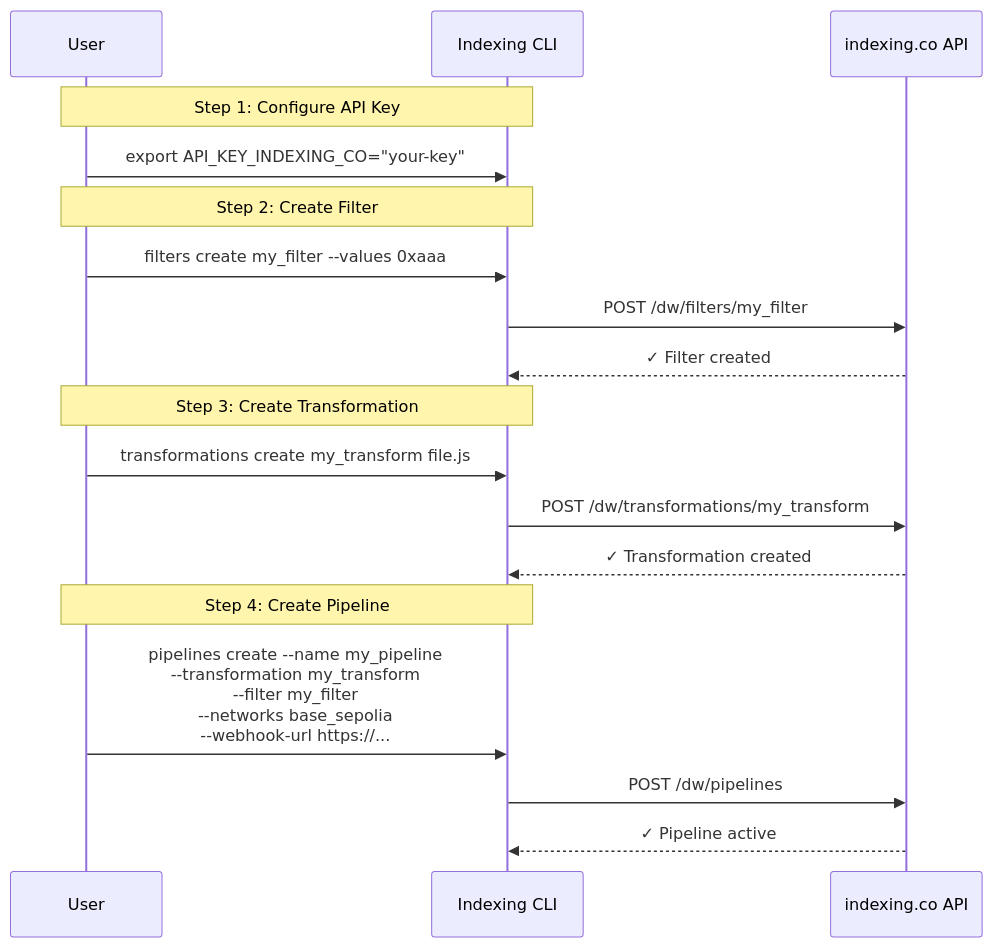
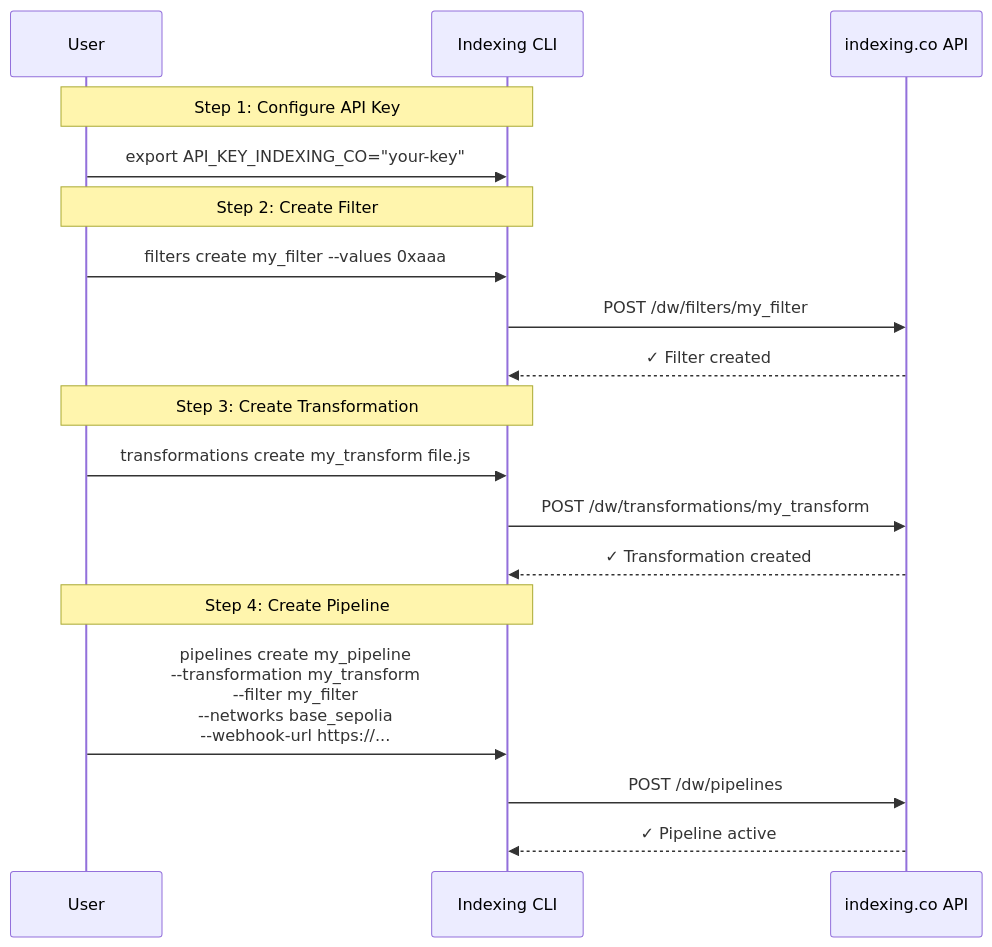
One commit to dtechvision/indexing-co-cli changed the first of 2 diagrams in README.md. Above: the diagram before and after it, drawn with Mermaid. The commit also changed 10 other files, not shown here.

````diff
--- a/README.md
+++ b/README.md
@@ -15,24 +15,24 @@
 ```mermaid
 sequenceDiagram
     participant User
     participant CLI as Indexing CLI
     participant API as indexing.co API
 
     Note over User,CLI: Step 1: Configure API Key
     User->>CLI: export API_KEY_INDEXING_CO="your-key"
 
     Note over User,CLI: Step 2: Create Filter
     User->>CLI: filters create my_filter --values 0xaaa
     CLI->>API: POST /dw/filters/my_filter
     API-->>CLI: ✓ Filter created
 
     Note over User,CLI: Step 3: Create Transformation
     User->>CLI: transformations create my_transform file.js
     CLI->>API: POST /dw/transformations/my_transform
     API-->>CLI: ✓ Transformation created
 
     Note over User,CLI: Step 4: Create Pipeline
-    User->>CLI: pipelines create --name my_pipeline<br/>--transformation my_transform<br/>--filter my_filter<br/>--networks base_sepolia<br/>--webhook-url https://...
+    User->>CLI: pipelines create my_pipeline<br/>--transformation my_transform<br/>--filter my_filter<br/>--networks base_sepolia<br/>--webhook-url https://...
     CLI->>API: POST /dw/pipelines
     API-->>CLI: ✓ Pipeline active
 ```
````
